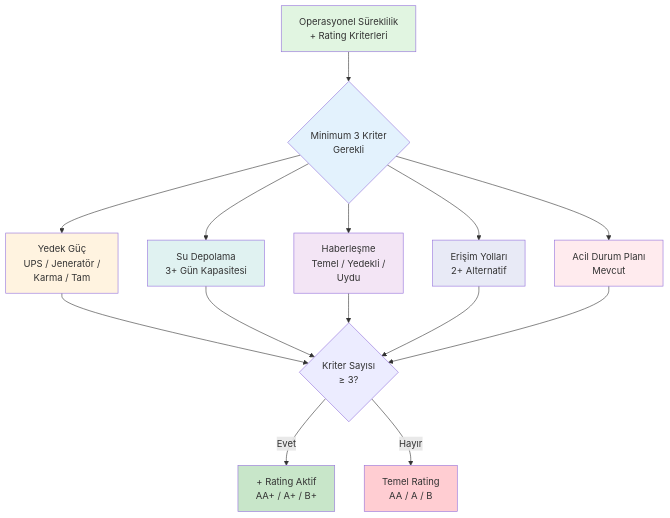
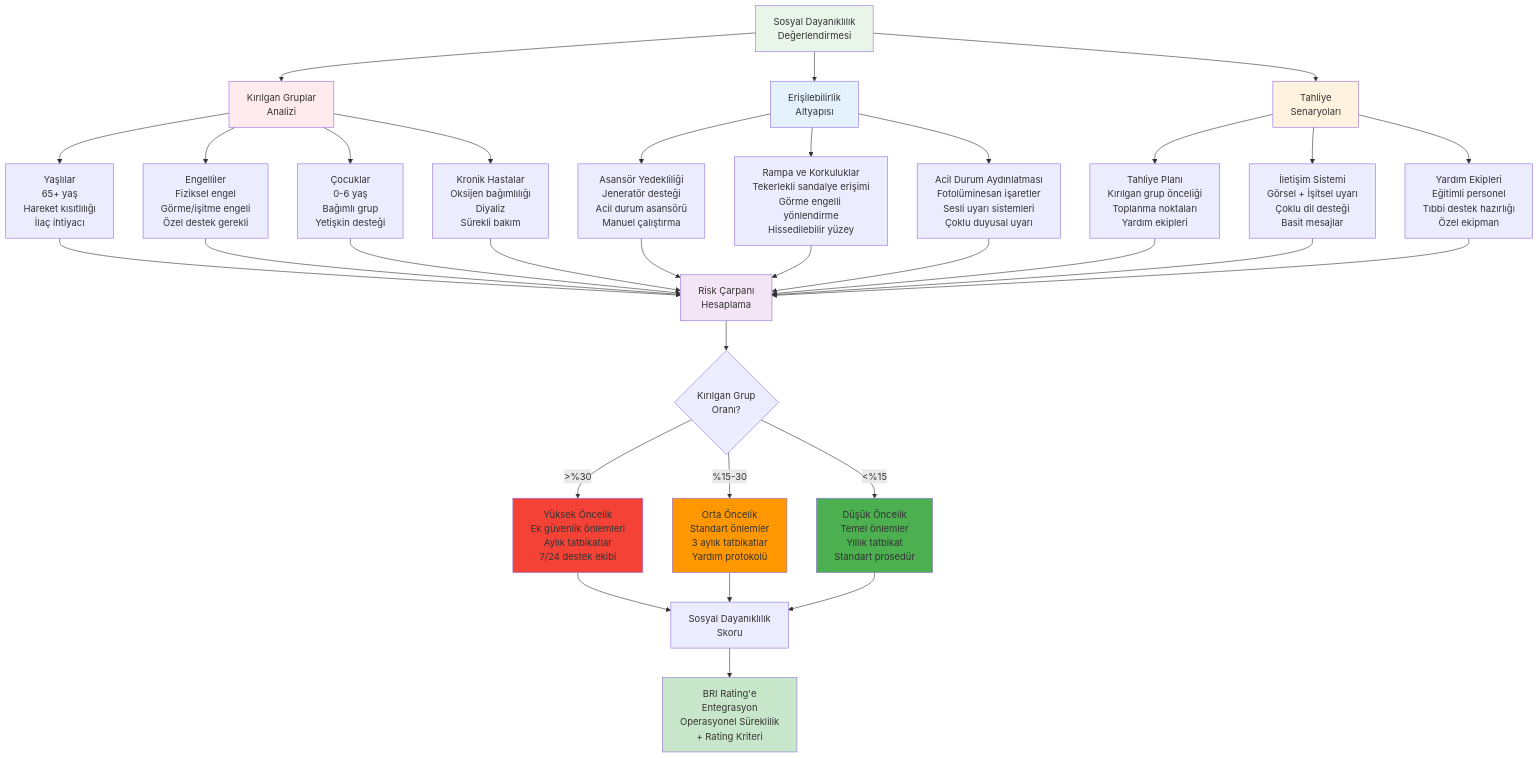
The fifth of 10 diagrams in doc1.md (enliven17/sgt-YesilPort-dokumantasyon), drawn with Mermaid before and after one commit. The commit also changed other lines of this file, not shown here.

````diff
--- a/doc1.md
+++ b/doc1.md
@@ -566,29 +375,51 @@
 ```mermaid
-flowchart TD
-    A[Operasyonel Süreklilik<br/>+ Rating Kriterleri] --> B{Minimum 3 Kriter<br/>Gerekli}
+graph TB
+    A[Sosyal Dayanıklılık<br/>Değerlendirmesi] --> B[Kırılgan Gruplar<br/>Analizi]
+    A --> C[Erişilebilirlik<br/>Altyapısı]
+    A --> D[Tahliye<br/>Senaryoları]
     
-    B --> C1[Yedek Güç<br/>UPS / Jeneratör /<br/>Karma / Tam]
-    B --> C2[Su Depolama<br/>3+ Gün Kapasitesi]
-    B --> C3[Haberleşme<br/>Temel / Yedekli /<br/>Uydu]
-    B --> C4[Erişim Yolları<br/>2+ Alternatif]
-    B --> C5[Acil Durum Planı<br/>Mevcut]
+    B --> B1[Yaşlılar<br/>65+ yaş<br/>Hareket kısıtlılığı<br/>İlaç ihtiyacı]
+    B --> B2[Engelliler<br/>Fiziksel engel<br/>Görme/işitme engeli<br/>Özel destek gerekli]
+    B --> B3[Çocuklar<br/>0-6 yaş<br/>Bağımlı grup<br/>Yetişkin desteği]
+    B --> B4[Kronik Hastalar<br/>Oksijen bağımlılığı<br/>Diyaliz<br/>Sürekli bakım]
     
-    C1 --> D{Kriter Sayısı<br/>≥ 3?}
-    C2 --> D
-    C3 --> D
-    C4 --> D
-    C5 --> D
+    C --> C1[Asansör Yedekliliği<br/>Jeneratör desteği<br/>Acil durum asansörü<br/>Manuel çalıştırma]
+    C --> C2[Rampa ve Korkuluklar<br/>Tekerlekli sandalye erişimi<br/>Görme engelli yönlendirme<br/>Hissedilebilir yüzey]
+    C --> C3[Acil Durum Aydınlatması<br/>Fotolüminesan işaretler<br/>Sesli uyarı sistemleri<br/>Çoklu duyusal uyarı]
     
-    D -->|Evet| E[+ Rating Aktif<br/>AA+ / A+ / B+]
-    D -->|Hayır| F[Temel Rating<br/>AA / A / B]
+    D --> D1[Tahliye Planı<br/>Kırılgan grup önceliği<br/>Toplanma noktaları<br/>Yardım ekipleri]
+    D --> D2[İletişim Sistemi<br/>Görsel + İşitsel uyarı<br/>Çoklu dil desteği<br/>Basit mesajlar]
+    D --> D3[Yardım Ekipleri<br/>Eğitimli personel<br/>Tıbbi destek hazırlığı<br/>Özel ekipman]
     
-    style A fill:#e1f5e1
-    style B fill:#e3f2fd
-    style C1 fill:#fff3e0
-    style C2 fill:#e0f2f1
-    style C3 fill:#f3e5f5
-    style C4 fill:#e8eaf6
-    style C5 fill:#ffebee
-    style E fill:#c8e6c9
-    style F fill:#ffcdd2
+    B1 --> E[Risk Çarpanı<br/>Hesaplama]
+    B2 --> E
+    B3 --> E
+    B4 --> E
+    C1 --> E
+    C2 --> E
+    C3 --> E
+    D1 --> E
+    D2 --> E
+    D3 --> E
+    
+    E --> F{Kırılgan Grup<br/>Oranı?}
+    F -->|>%30| G1[Yüksek Öncelik<br/>Ek güvenlik önlemleri<br/>Aylık tatbikatlar<br/>7/24 destek ekibi]
+    F -->|%15-30| G2[Orta Öncelik<br/>Standart önlemler<br/>3 aylık tatbikatlar<br/>Yardım protokolü]
+    F -->|<%15| G3[Düşük Öncelik<br/>Temel önlemler<br/>Yıllık tatbikat<br/>Standart prosedür]
+    
+    G1 --> H[Sosyal Dayanıklılık<br/>Skoru]
+    G2 --> H
+    G3 --> H
+    
+    H --> I[BRI Rating'e<br/>Entegrasyon<br/>Operasyonel Süreklilik<br/>+ Rating Kriteri]
+    
+    style A fill:#e8f5e8
+    style B fill:#ffebee
+    style C fill:#e3f2fd
+    style D fill:#fff3e0
+    style E fill:#f3e5f5
+    style G1 fill:#f44336
+    style G2 fill:#ff9800
+    style G3 fill:#4caf50
+    style I fill:#c8e6c9
 ```
````
